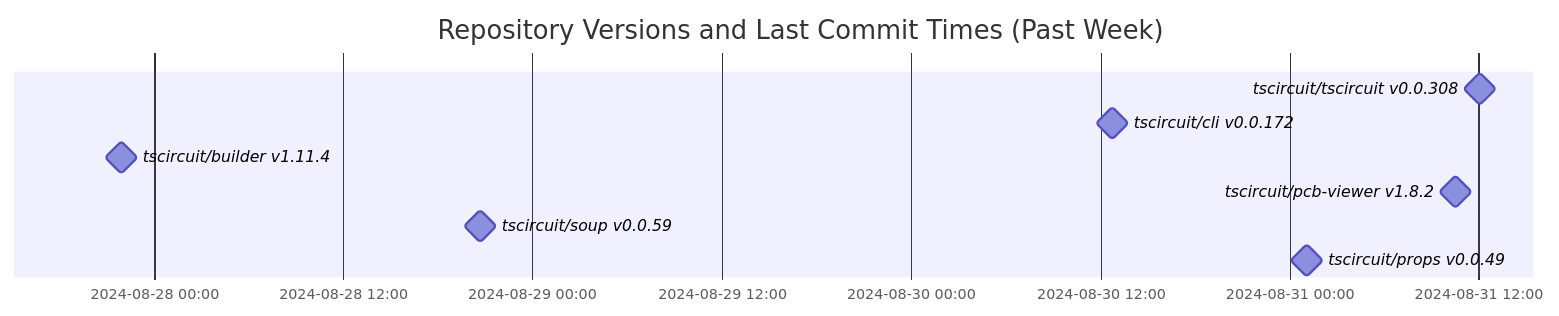
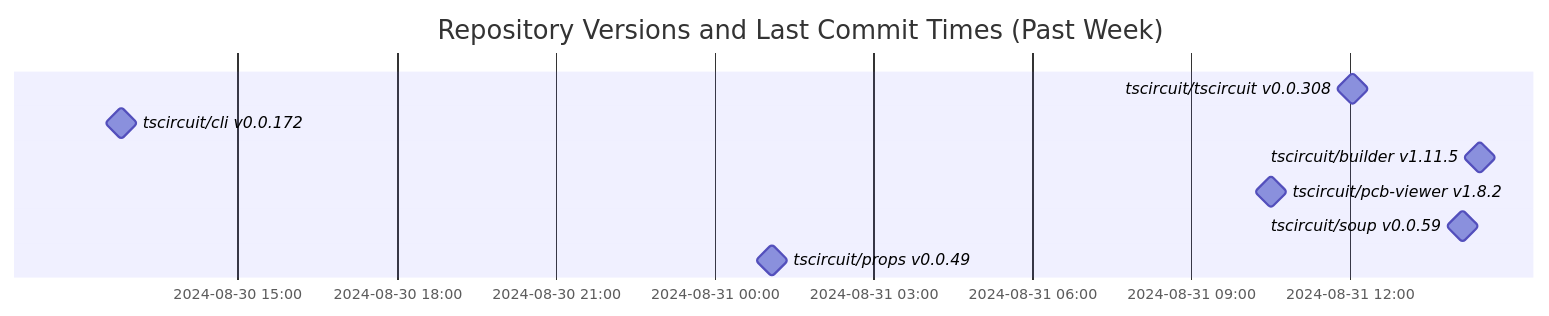
One commit to tscircuit/version-tracker changed the diagram in README.md. Above: the diagram before and after it, drawn with Mermaid.

Commit message:
Update chart

````diff
--- a/README.md
+++ b/README.md
@@ -1,13 +1,13 @@
 ```mermaid
 gantt
   dateFormat  YYYY-MM-DD HH:mm:ss
   title Repository Versions and Last Commit Times (Past Week)
   axisFormat %Y-%m-%d %H:%M
 
   tscircuit/tscircuit v0.0.308 : milestone, 2024-08-31 12:03:11, 1s
   tscircuit/cli v0.0.172 : milestone, 2024-08-30 12:48:12, 1s
-  tscircuit/builder v1.11.4 : milestone, 2024-08-27 21:56:45, 1s
+  tscircuit/builder v1.11.5 : milestone, 2024-08-31 14:26:36, 1s
   tscircuit/pcb-viewer v1.8.2 : milestone, 2024-08-31 10:30:56, 1s
-  tscircuit/soup v0.0.59 : milestone, 2024-08-28 20:42:30, 1s
+  tscircuit/soup v0.0.59 : milestone, 2024-08-31 14:07:29, 1s
   tscircuit/props v0.0.49 : milestone, 2024-08-31 01:05:09, 1s
 ```
````
